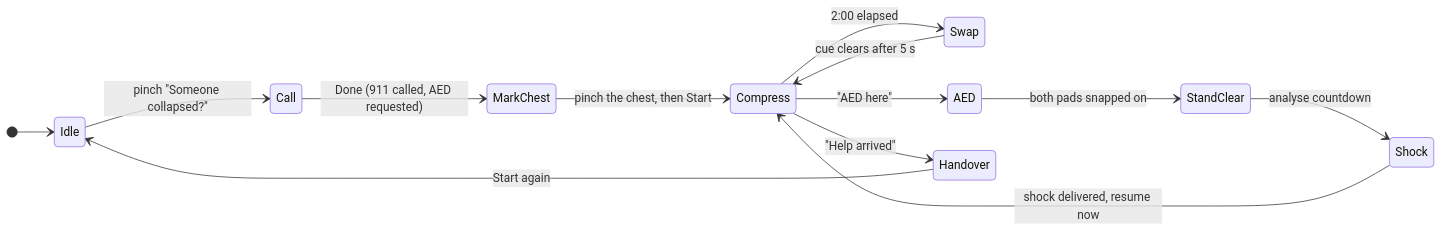
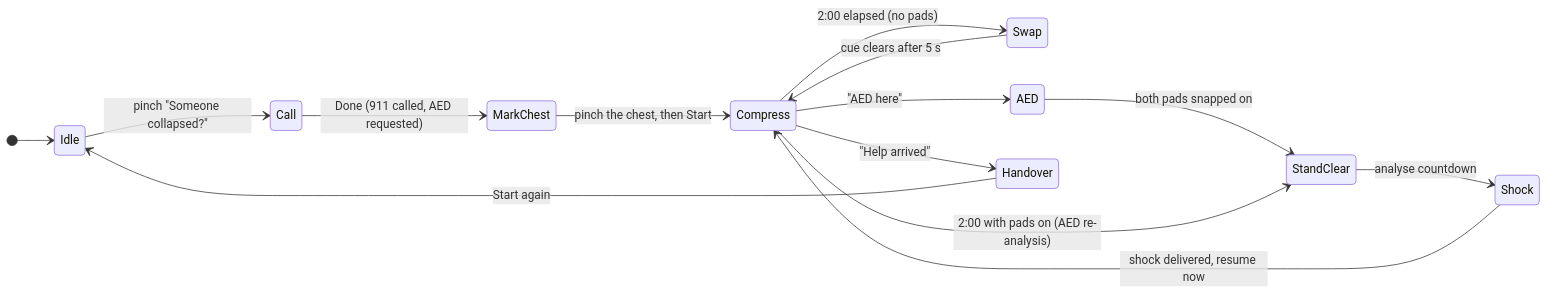
The first of 4 diagrams in README.md (batmandevx/hands-on-specs), drawn with Mermaid before and after one commit. The commit also changed other lines of this file and 8 other files, not shown here.

First line of the commit message:
AED re-analysis loop, clinical handover metrics, LEAF cpr-10, demo video script

````diff
--- a/README.md
+++ b/README.md
@@ -64,16 +64,17 @@
 ```mermaid
 stateDiagram-v2
     direction LR
     [*] --> Idle
     Idle --> Call: pinch "Someone collapsed?"
     Call --> MarkChest: Done (911 called, AED requested)
     MarkChest --> Compress: pinch the chest, then Start
-    Compress --> Swap: 2:00 elapsed
+    Compress --> Swap: 2:00 elapsed (no pads)
     Swap --> Compress: cue clears after 5 s
     Compress --> AED: "AED here"
     AED --> StandClear: both pads snapped on
+    Compress --> StandClear: 2:00 with pads on (AED re-analysis)
     StandClear --> Shock: analyse countdown
     Shock --> Compress: shock delivered, resume now
     Compress --> Handover: "Help arrived"
     Handover --> Idle: Start again
 ```
````
